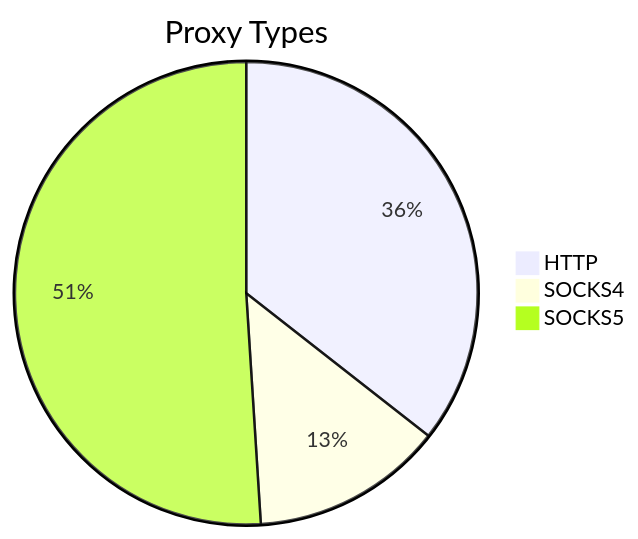
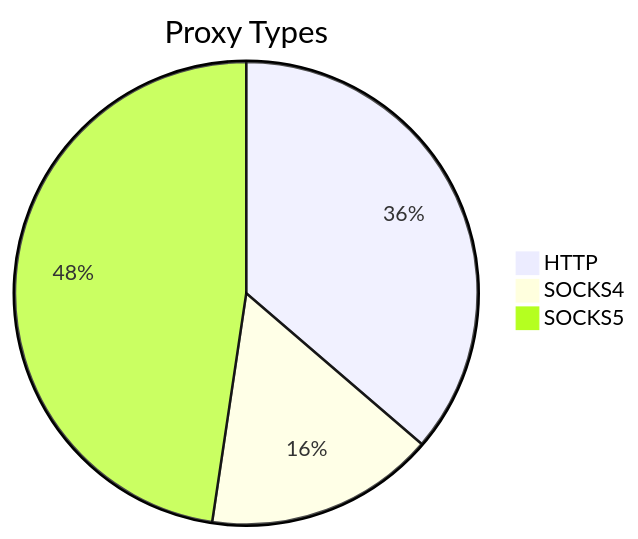
The first of 2 diagrams in README.md (stormsia/proxy-list), drawn with Mermaid before and after one commit. The commit also changed other lines of this file, not shown here.

````diff
--- a/README.md
+++ b/README.md
@@ -21,6 +21,6 @@
 ```mermaid
 pie title Proxy Types
-    "HTTP" : 53
-    "SOCKS4" : 20
-    "SOCKS5" : 76
+    "HTTP" : 208
+    "SOCKS4" : 92
+    "SOCKS5" : 273
 ```
````
